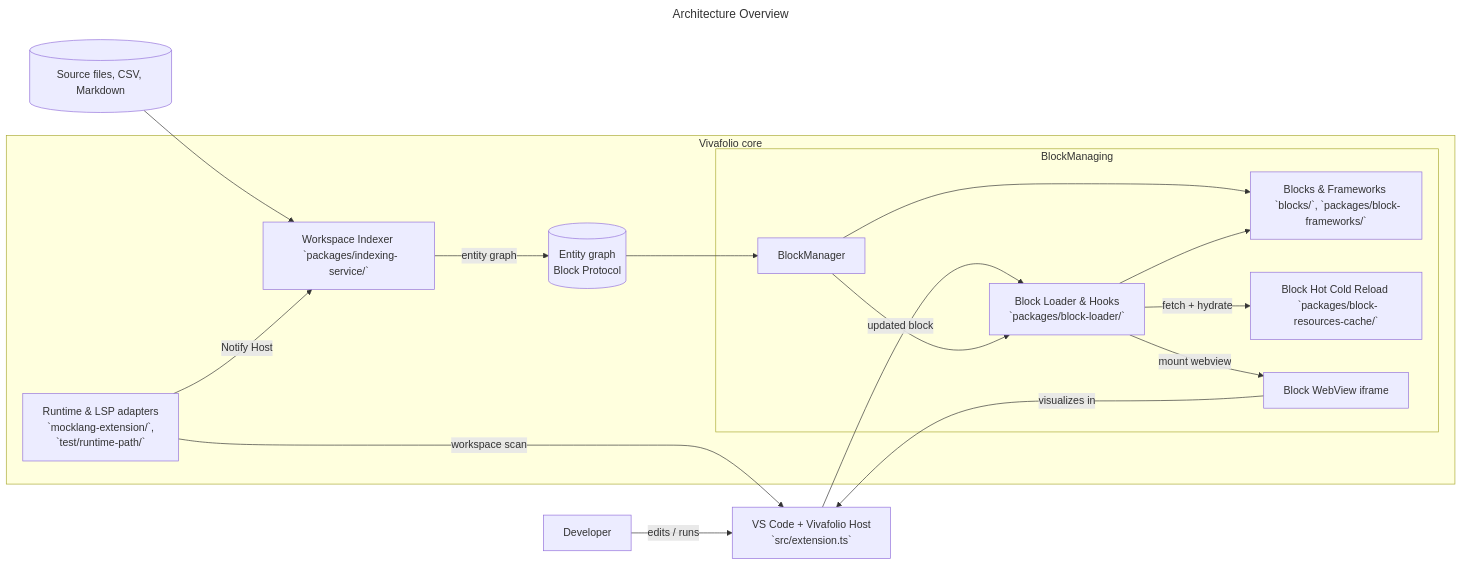
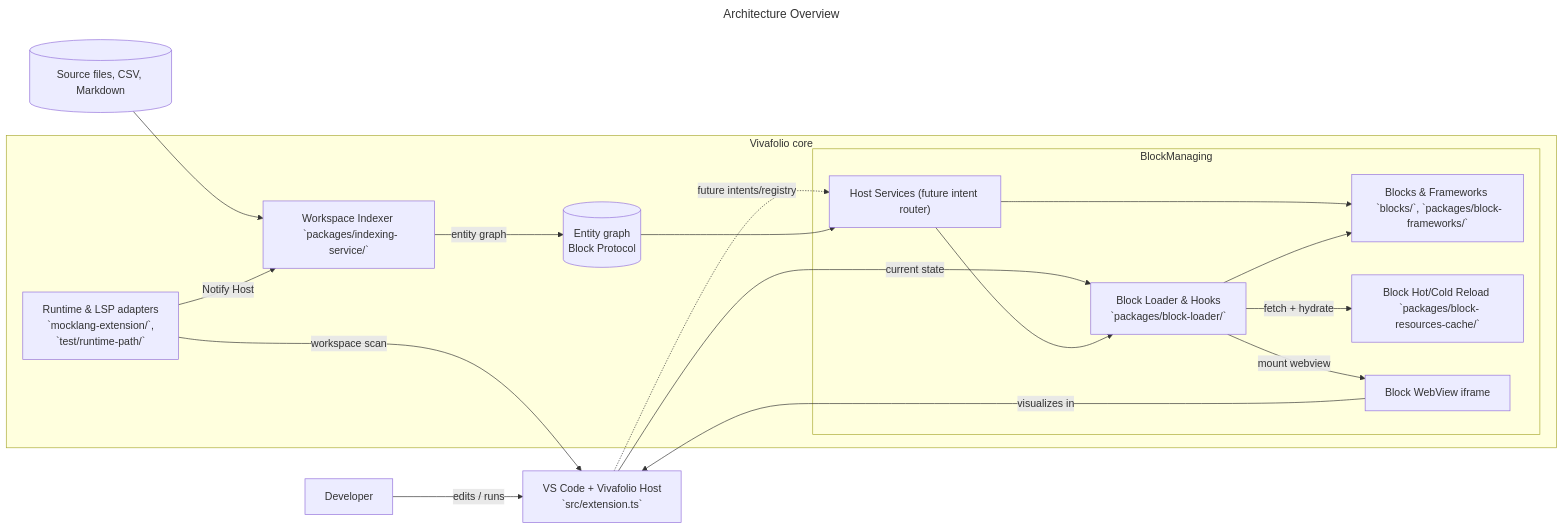
One commit to Vivafolio/vivafolio-vs-code changed the first of 8 diagrams in docs/Vivafolio-Architecture.md. Above: the diagram before and after it, drawn with Mermaid. The commit also changed other lines of this file, not shown here.

First line of the commit message:
chore: Update architecture doc

````diff
--- a/docs/Vivafolio-Architecture.md
+++ b/docs/Vivafolio-Architecture.md
@@ -11,33 +11,31 @@
 ```mermaid
 ---
 title: Architecture Overview
 ---
 flowchart LR
-    VSCode --> |updated block| Loader[Block Loader & Hooks <br> `packages/block-loader/`]
-   
-
+    VSCode --> |current state| Loader[Block Loader & Hooks <br> `packages/block-loader/`]
+    VSCode -. future intents/registry .-> HostServices
     subgraph Host[Vivafolio core]
         Indexer --> |entity graph| Graph[(Entity graph<br>Block Protocol)]
         
-        Graph --> BlockManager[Block Manager]
+        Graph --> HostServices["Host Services (future intent router)"]
         RuntimeAdapters[Runtime & LSP adapters <br> `mocklang-extension/`, <br> `test/runtime-path/`]
         subgraph BlockManaging
-            BlockManager[BlockManager]
-            BlockManager[BlockManager] --> BlocksRepo[Blocks & Frameworks <br> `blocks/`, `packages/block-frameworks/`] 
-            BlockManager[BlockManager] --> Loader
-            Resources[Block Hot Cold Reload <br> `packages/block-resources-cache/`]
-            Loader --> |fetch + hydrate| Resources[Block Hot Cold Reload <br> `packages/block-resources-cache/`]
+            HostServices --> BlocksRepo[Blocks & Frameworks <br> `blocks/`, `packages/block-frameworks/`]
+            HostServices --> Loader
+            Resources[Block Hot/Cold Reload <br> `packages/block-resources-cache/`]
+            Loader --> |fetch + hydrate| Resources[Block Hot/Cold Reload <br> `packages/block-resources-cache/`]
             Loader --> |mount webview| BlockWebview[Block WebView iframe]
             Loader --> BlocksRepo        
         end
     end
 
     Developer -- edits / runs --> VSCode[VS Code + Vivafolio Host <br> `src/extension.ts`]
     ExternalData[(Source files, CSV, Markdown)]
     ExternalData --> Indexer
     RuntimeAdapters --> |Notify Host| Indexer[Workspace Indexer <br> `packages/indexing-service/`]
     RuntimeAdapters --> |workspace scan| VSCode
     
     BlockWebview --> |visualizes in| VSCode
     
 ```
````
